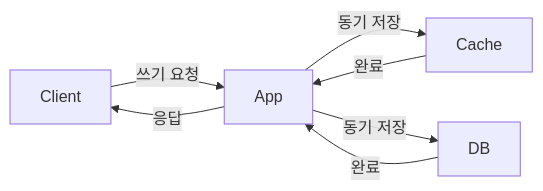
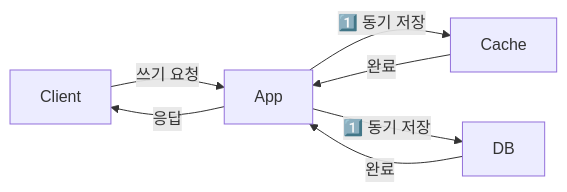
One commit to yjkim2015/yjkim2015.github.io changed the third of 6 diagrams in _posts/caching/2026-05-01-caching-strategy.md. Above: the diagram before and after it, drawn with Mermaid. The commit also changed other lines of this file and 34 other files, not shown here.

First line of the commit message:
Full quality pass: 41 files — ASCII removed, 동작원리 보강, diagrams

```diff
--- a/_posts/caching/2026-05-01-caching-strategy.md
+++ b/_posts/caching/2026-05-01-caching-strategy.md
@@ -215,9 +165,9 @@
 <div class="mermaid">
 graph LR
-    Client -->|쓰기 요청| App
-    App -->|동기 저장| Cache
-    App -->|동기 저장| DB
-    Cache -->|완료| App
-    DB -->|완료| App
-    App -->|응답| Client
+    Client -->|"쓰기 요청"| App
+    App -->|"1️⃣ 동기 저장"| Cache
+    App -->|"1️⃣ 동기 저장"| DB
+    Cache -->|"완료"| App
+    DB -->|"완료"| App
+    App -->|"응답"| Client
 </div>
```
